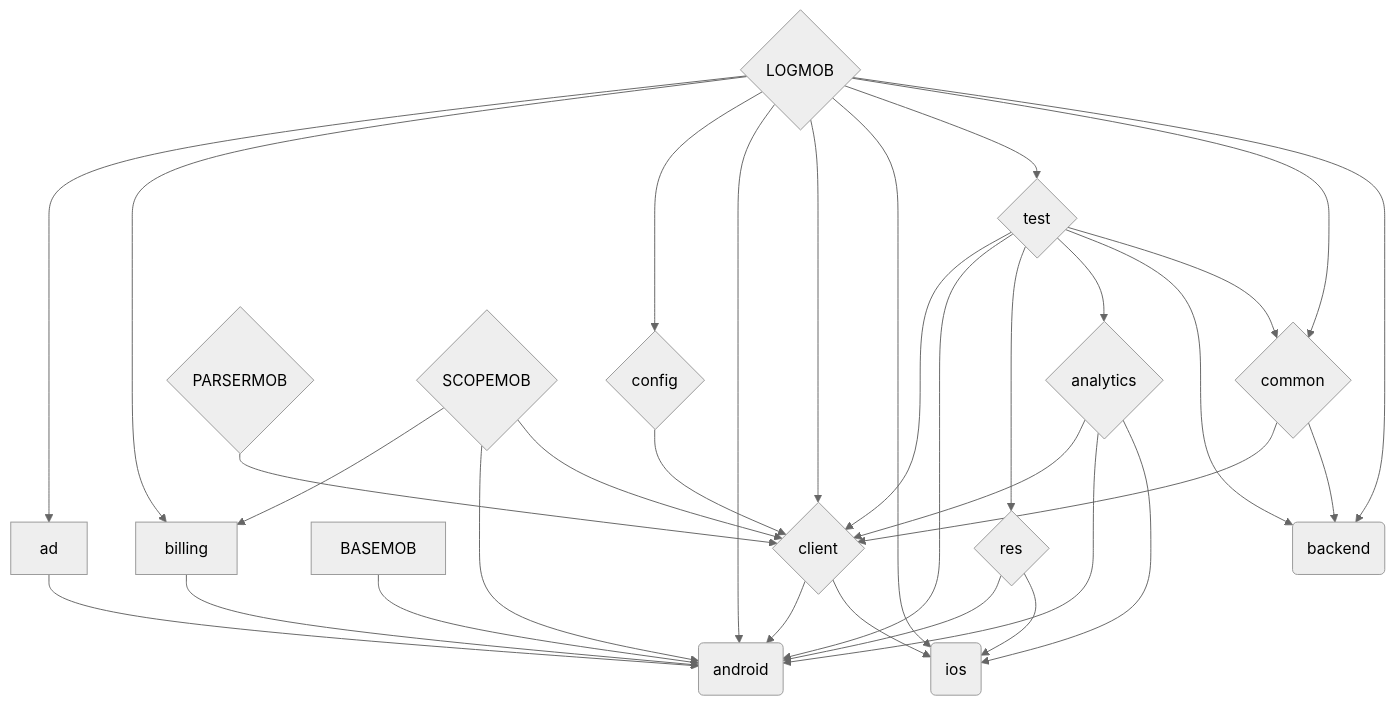
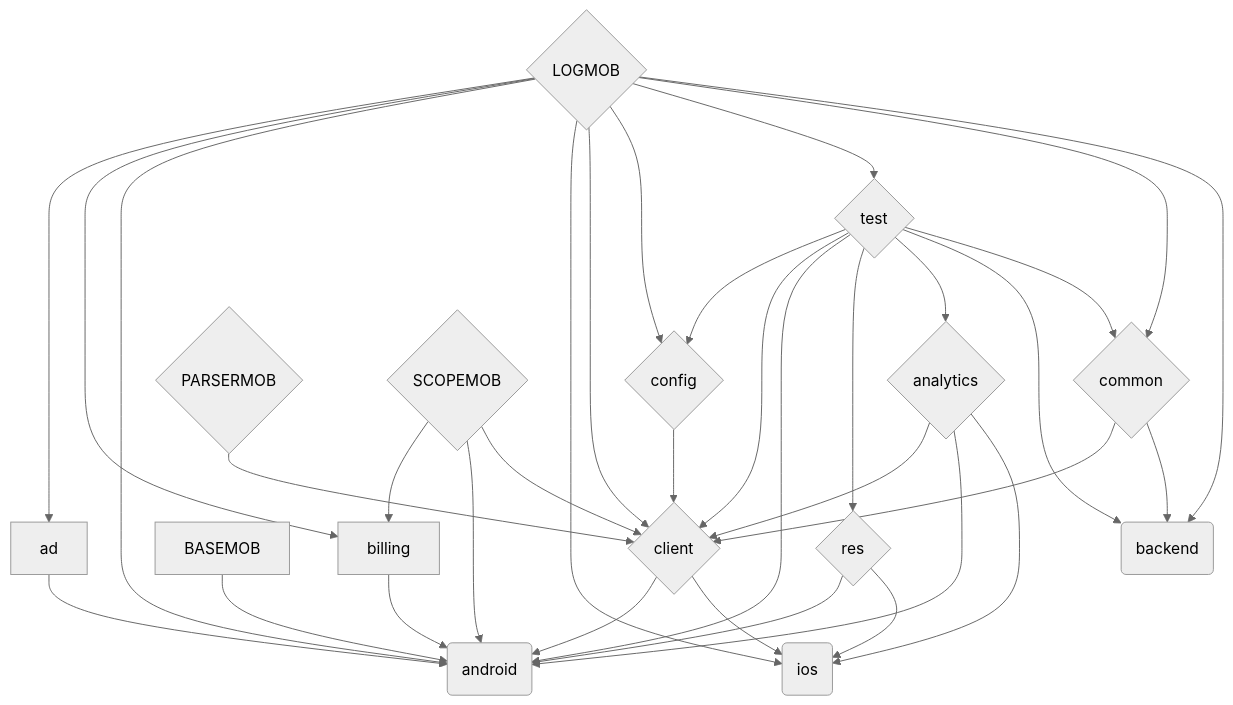
The first of 3 diagrams in README.md (Oztechan/CCC), drawn with Mermaid (neutral theme) before and after one commit. The commit also changed 5 other files, not shown here.

````diff
--- a/README.md
+++ b/README.md
@@ -28,66 +28,66 @@
 ```mermaid
 graph TD;
 
 ad-->android
 
 billing-->android
 
 BASEMOB --> android
 
+test --> config
 test --> client
 test --> android
 test --> res
 test --> analytics
 test --> backend
 test --> common
 
 PARSERMOB --> client
 
 SCOPEMOB --> billing
 SCOPEMOB --> android
 SCOPEMOB --> client
 
 config-->client
 
 analytics-->client
 analytics --> android
 analytics --> ios
 
 client-->android
 client-->ios
 
 res-->android
 res-->ios
 
 LOGMOB --> ad
 LOGMOB --> billing
+LOGMOB --> android
+LOGMOB --> ios
+LOGMOB --> client
 LOGMOB --> config
-LOGMOB --> android
-LOGMOB --> client
-LOGMOB --> ios
 LOGMOB --> test
 LOGMOB --> common
 LOGMOB --> backend
-
 
 common-->client
 common-->backend
 
 LOGMOB{LOGMOB}
 test{test}
 analytics{analytics}
 common{common}
 client{client}
 SCOPEMOB{SCOPEMOB}
 config{config}
 res{res}
 PARSERMOB{PARSERMOB}
 
 ad
 billing
 BASEMOB
 
 android(android)
 ios(ios)
 backend(backend)
 ```
````
